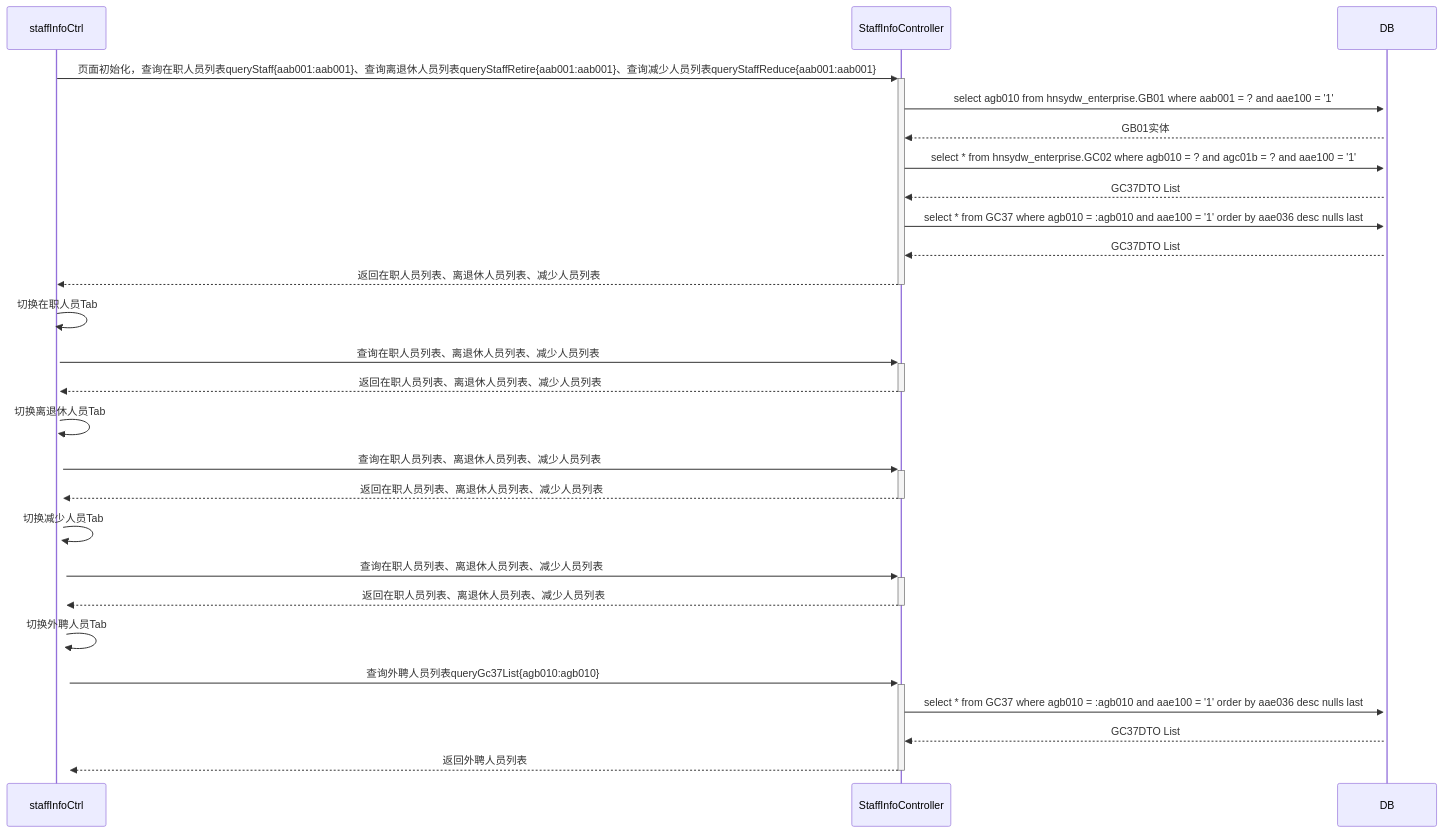
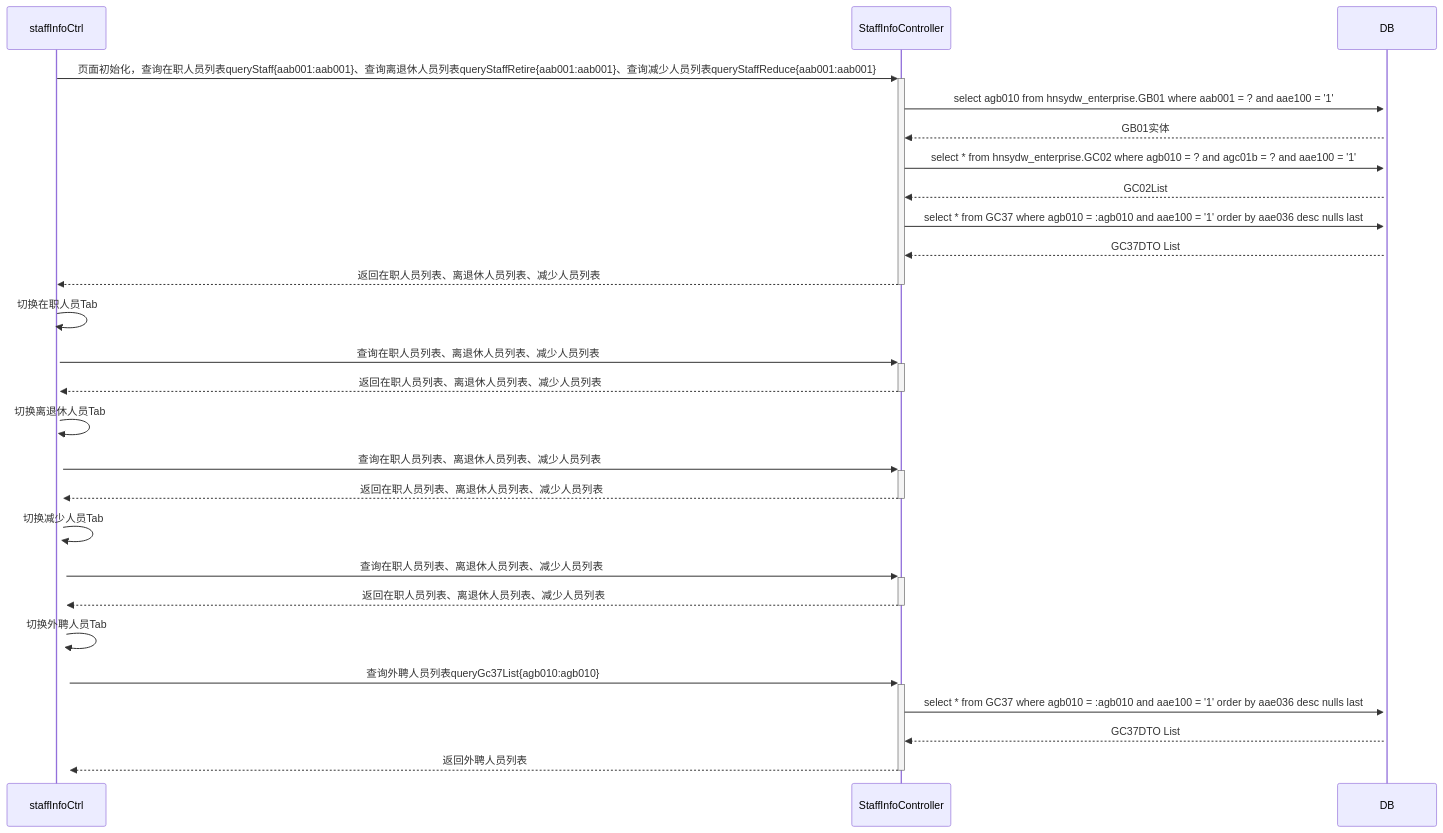
Before and after one commit to ZhangJianBeiJing/iodraw-files: the diagram in all/人员基本信息初始化页面多Tab调用业务流程.md, drawn with Mermaid.

Commit message:
2025-03-25 10:41:53 update

````diff
--- a/all/人员基本信息初始化页面多Tab调用业务流程.md
+++ b/all/人员基本信息初始化页面多Tab调用业务流程.md
@@ -1,25 +1,25 @@
 ```mermaid
 sequenceDiagram
     staffInfoCtrl->>+StaffInfoController: 页面初始化，查询在职人员列表queryStaff{aab001:aab001}、查询离退休人员列表queryStaffRetire{aab001:aab001}、查询减少人员列表queryStaffReduce{aab001:aab001}
     StaffInfoController->>+DB:select agb010 from hnsydw_enterprise.GB01 where aab001 = ? and aae100 = '1'
     DB-->>StaffInfoController:GB01实体
     StaffInfoController->>+DB:select * from hnsydw_enterprise.GC02 where agb010 = ? and agc01b = ? and aae100 = '1'
-    DB-->>StaffInfoController:GC37DTO List
+    DB-->>StaffInfoController:GC02List
     StaffInfoController->>+DB:select * from GC37 where agb010 = :agb010 and aae100 = '1' order by aae036 desc nulls last
     DB-->>StaffInfoController:GC37DTO List
     StaffInfoController-->>-staffInfoCtrl:返回在职人员列表、离退休人员列表、减少人员列表
     staffInfoCtrl->>+staffInfoCtrl:切换在职人员Tab
     staffInfoCtrl->>+StaffInfoController:查询在职人员列表、离退休人员列表、减少人员列表
     StaffInfoController-->>-staffInfoCtrl:返回在职人员列表、离退休人员列表、减少人员列表
     staffInfoCtrl->>+staffInfoCtrl:切换离退休人员Tab
     staffInfoCtrl->>+StaffInfoController:查询在职人员列表、离退休人员列表、减少人员列表
     StaffInfoController-->>-staffInfoCtrl:返回在职人员列表、离退休人员列表、减少人员列表
     staffInfoCtrl->>+staffInfoCtrl:切换减少人员Tab
     staffInfoCtrl->>+StaffInfoController:查询在职人员列表、离退休人员列表、减少人员列表
     StaffInfoController-->>-staffInfoCtrl:返回在职人员列表、离退休人员列表、减少人员列表
     staffInfoCtrl->>+staffInfoCtrl:切换外聘人员Tab
     staffInfoCtrl->>+StaffInfoController:查询外聘人员列表queryGc37List{agb010:agb010}
     StaffInfoController->>+DB:select * from GC37 where agb010 = :agb010 and aae100 = '1' order by aae036 desc nulls last
     DB-->>StaffInfoController:GC37DTO List 
     StaffInfoController-->>-staffInfoCtrl:返回外聘人员列表
 ```
````
